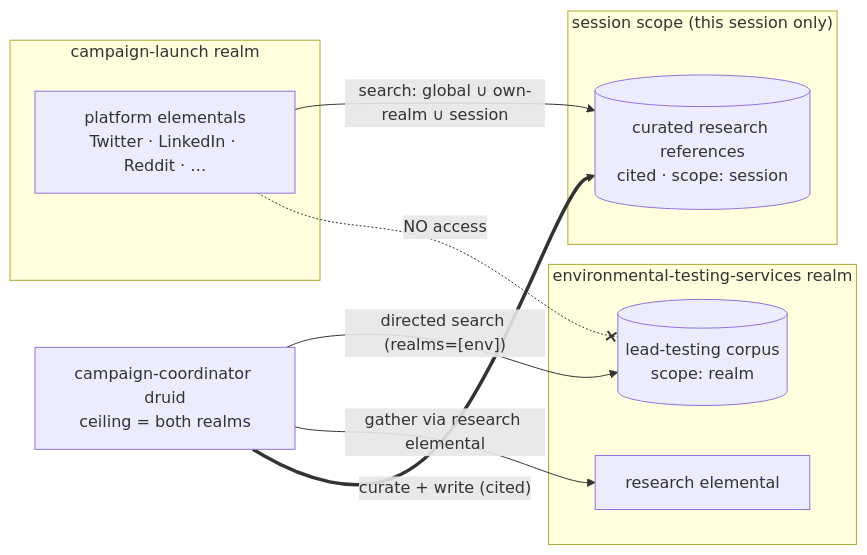
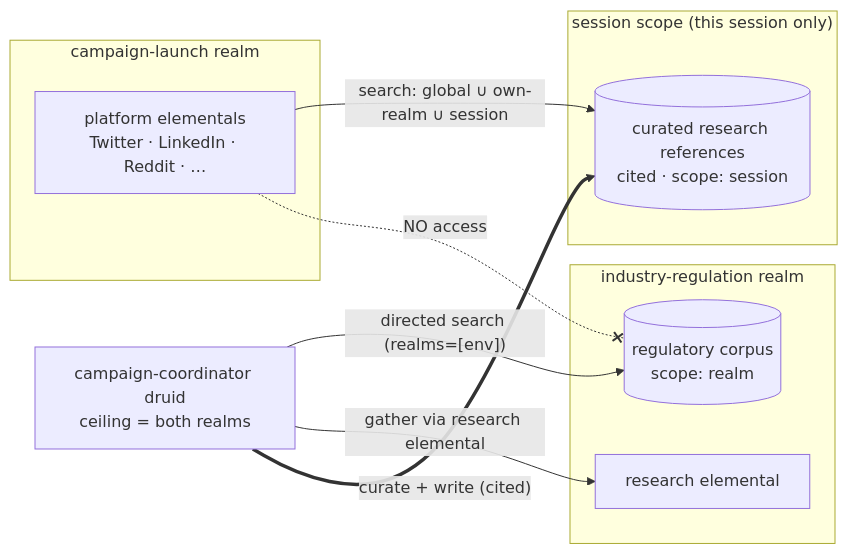
One commit to lmccay/agentdruids changed the diagram in docs/cross-realm-research-composition.md. Above: the diagram before and after it, drawn with Mermaid. The commit also changed other lines of this file and 2 other files, not shown here.

````diff
--- a/docs/cross-realm-research-composition.md
+++ b/docs/cross-realm-research-composition.md
@@ -23,20 +23,20 @@
 ```mermaid
 flowchart LR
-    subgraph env["environmental-testing-services realm"]
-        envK[(lead-testing corpus<br/>scope: realm)]
+    subgraph env["industry-regulation realm"]
+        envK[(regulatory corpus<br/>scope: realm)]
         envE[research elemental]
     end
     subgraph camp["campaign-launch realm"]
         campE[platform elementals<br/>Twitter · LinkedIn · Reddit · …]
     end
     subgraph sess["session scope (this session only)"]
         refs[(curated research references<br/>cited · scope: session)]
     end
     Coord[campaign-coordinator druid<br/>ceiling = both realms]
 
     Coord -- "directed search (realms=[env])" --> envK
     Coord -- "gather via research elemental" --> envE
     Coord == "curate + write (cited)" ==> refs
     campE -- "search: global ∪ own-realm ∪ session" --> refs
     campE -. "NO access" .-x envK
 ```
````
